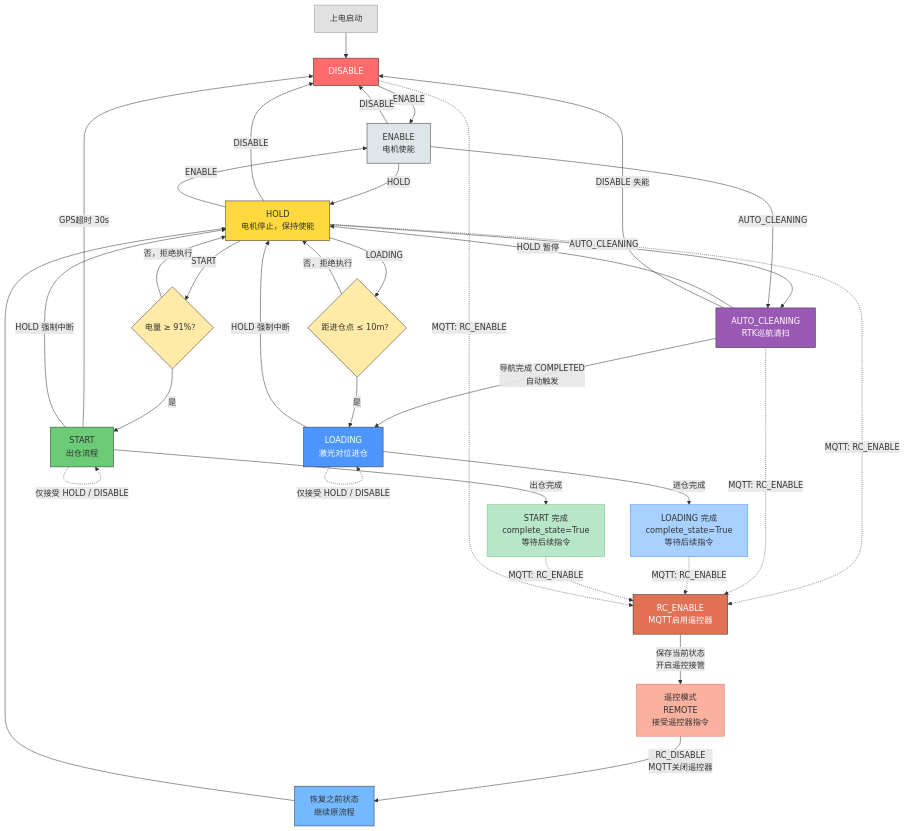
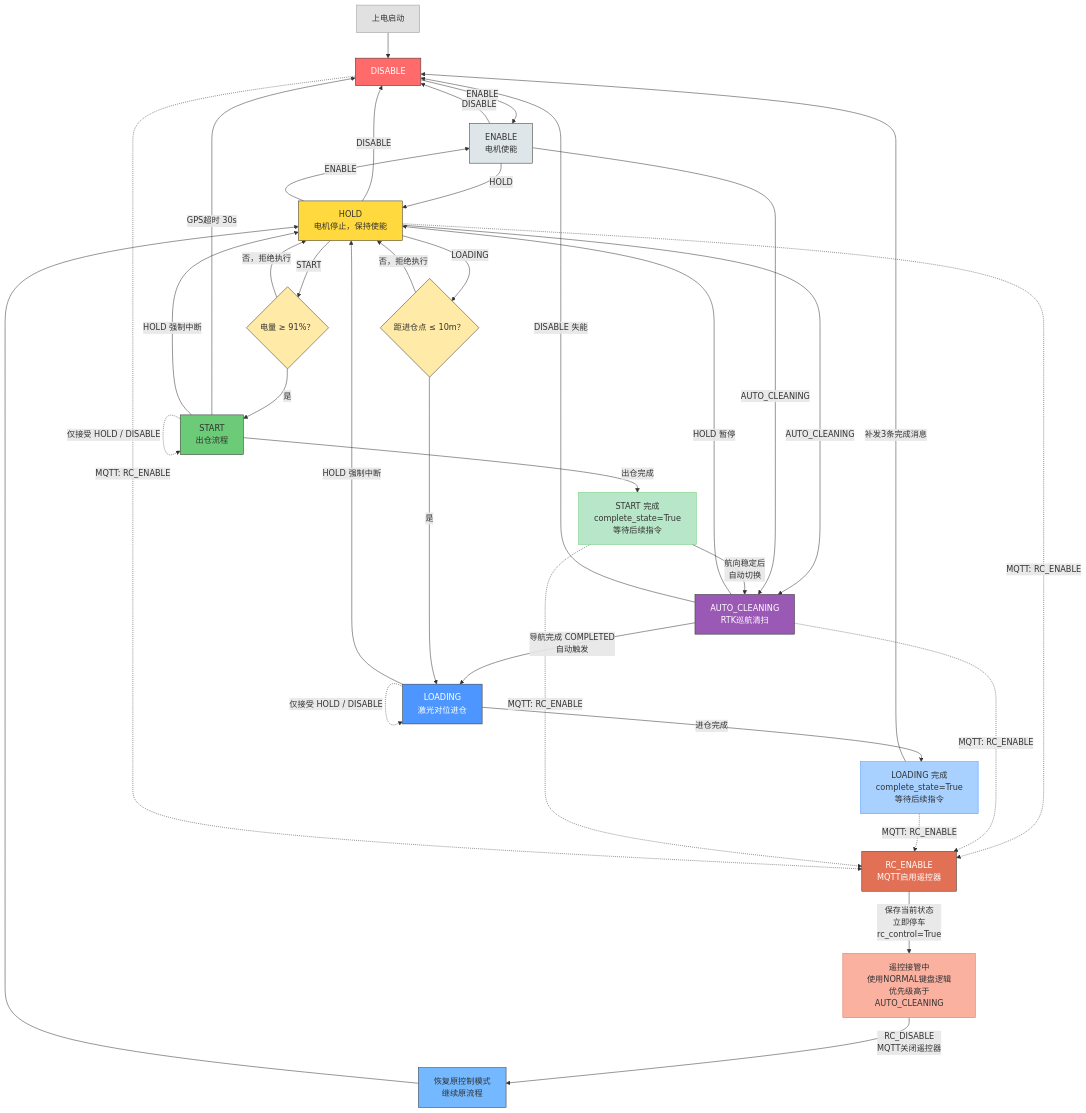
One commit to J123123-oss/robot_cleaning changed the second of 8 diagrams in README.md. Above: the diagram before and after it, drawn with Mermaid. The commit also changed 5 other files, not shown here.

````diff
--- a/README.md
+++ b/README.md
@@ -59,69 +59,73 @@
 ```mermaid
 graph TD
     %% ===== 入口 =====
     STARTUP["上电启动"] --> DISABLE
 
     %% ===== 电机初始化 =====
     DISABLE -->|"ENABLE"| ENABLE["ENABLE<br/>电机使能"]
     ENABLE -->|"DISABLE"| DISABLE
 
     %% ===== HOLD 中枢 =====
     ENABLE -->|"HOLD"| HOLD["HOLD<br/>电机停止，保持使能"]
     HOLD -->|"DISABLE"| DISABLE
     HOLD -->|"ENABLE"| ENABLE
 
     %% ===== 全自动清扫 =====
     HOLD -->|"AUTO_CLEANING"| AUTO_CLEANING["AUTO_CLEANING<br/>RTK巡航清扫"]
     ENABLE -->|"AUTO_CLEANING"| AUTO_CLEANING
     AUTO_CLEANING -->|"HOLD 暂停"| HOLD
     AUTO_CLEANING -->|"DISABLE 失能"| DISABLE
     AUTO_CLEANING -->|"导航完成 COMPLETED<br/>自动触发"| LOADING
 
     %% ===== 出仓/开始作业 =====
     HOLD -->|"START"| U_CHECK{"电量 ≥ 91%？"}
     U_CHECK -->|"是"| START["START<br/>出仓流程"]
     U_CHECK -->|"否，拒绝执行"| HOLD
     START -->|"出仓完成"| START_DONE["START 完成<br/>complete_state=True<br/>等待后续指令"]
     START -->|"GPS超时 30s"| DISABLE
     START -->|"HOLD 强制中断"| HOLD
 
     %% ===== 进仓 =====
     HOLD -->|"LOADING"| L_CHECK{"距进仓点 ≤ 10m？"}
     L_CHECK -->|"是"| LOADING["LOADING<br/>激光对位进仓"]
     L_CHECK -->|"否，拒绝执行"| HOLD
     LOADING -->|"进仓完成"| LOADING_DONE["LOADING 完成<br/>complete_state=True<br/>等待后续指令"]
     LOADING -->|"HOLD 强制中断"| HOLD
 
     %% ===== 进出仓期间保护 =====
     START -.->|"仅接受 HOLD / DISABLE"| START
     LOADING -.->|"仅接受 HOLD / DISABLE"| LOADING
 
+    %% ===== 出仓/进仓完成后续 =====
+    START_DONE -->|"航向稳定后<br/>自动切换"| AUTO_CLEANING
+    LOADING_DONE -->|"补发3条完成消息"| DISABLE
+
     %% ===== MQTT 遥控接管流程 =====
-    RC_ENABLE["RC_ENABLE<br/>MQTT启用遥控器"] -->|"保存当前状态<br/>开启遥控接管"| REMOTE_MODE["遥控模式<br/>REMOTE<br/>接受遥控器指令"]
-    REMOTE_MODE -->|"RC_DISABLE<br/>MQTT关闭遥控器"| RESTORE["恢复之前状态<br/>继续原流程"]
+    RC_ENABLE["RC_ENABLE<br/>MQTT启用遥控器"] -->|"保存当前状态<br/>立即停车<br/>rc_control=True"| RC_ACTIVE["遥控接管中<br/>使用NORMAL键盘逻辑<br/>优先级高于AUTO_CLEANING"]
+    RC_ACTIVE -->|"RC_DISABLE<br/>MQTT关闭遥控器"| RESTORE["恢复原控制模式<br/>继续原流程"]
 
     %% RC_ENABLE 可从任意状态进入（AUTO_CLEANING下也允许）
     HOLD -.->|"MQTT: RC_ENABLE"| RC_ENABLE
     AUTO_CLEANING -.->|"MQTT: RC_ENABLE"| RC_ENABLE
     LOADING_DONE -.->|"MQTT: RC_ENABLE"| RC_ENABLE
     START_DONE -.->|"MQTT: RC_ENABLE"| RC_ENABLE
     DISABLE -.->|"MQTT: RC_ENABLE"| RC_ENABLE
 
     RESTORE --> HOLD
 
     %% ===== 样式 =====
     style STARTUP fill:#e1e1e1,stroke:#999
     style DISABLE fill:#ff6b6b,stroke:#333,color:#fff
     style HOLD fill:#ffd93d,stroke:#333
     style START fill:#6bcb77,stroke:#333
     style START_DONE fill:#b8e6c8,stroke:#6bcb77
     style LOADING fill:#4d96ff,stroke:#333,color:#fff
     style LOADING_DONE fill:#a8d1ff,stroke:#4d96ff
     style AUTO_CLEANING fill:#9b59b6,stroke:#333,color:#fff
     style ENABLE fill:#dfe6e9,stroke:#333
     style U_CHECK fill:#ffeaa7,stroke:#333
     style L_CHECK fill:#ffeaa7,stroke:#333
     style RC_ENABLE fill:#e17055,stroke:#333,color:#fff
-    style REMOTE_MODE fill:#fab1a0,stroke:#e17055
+    style RC_ACTIVE fill:#fab1a0,stroke:#e17055
     style RESTORE fill:#74b9ff,stroke:#333
 ```
````
